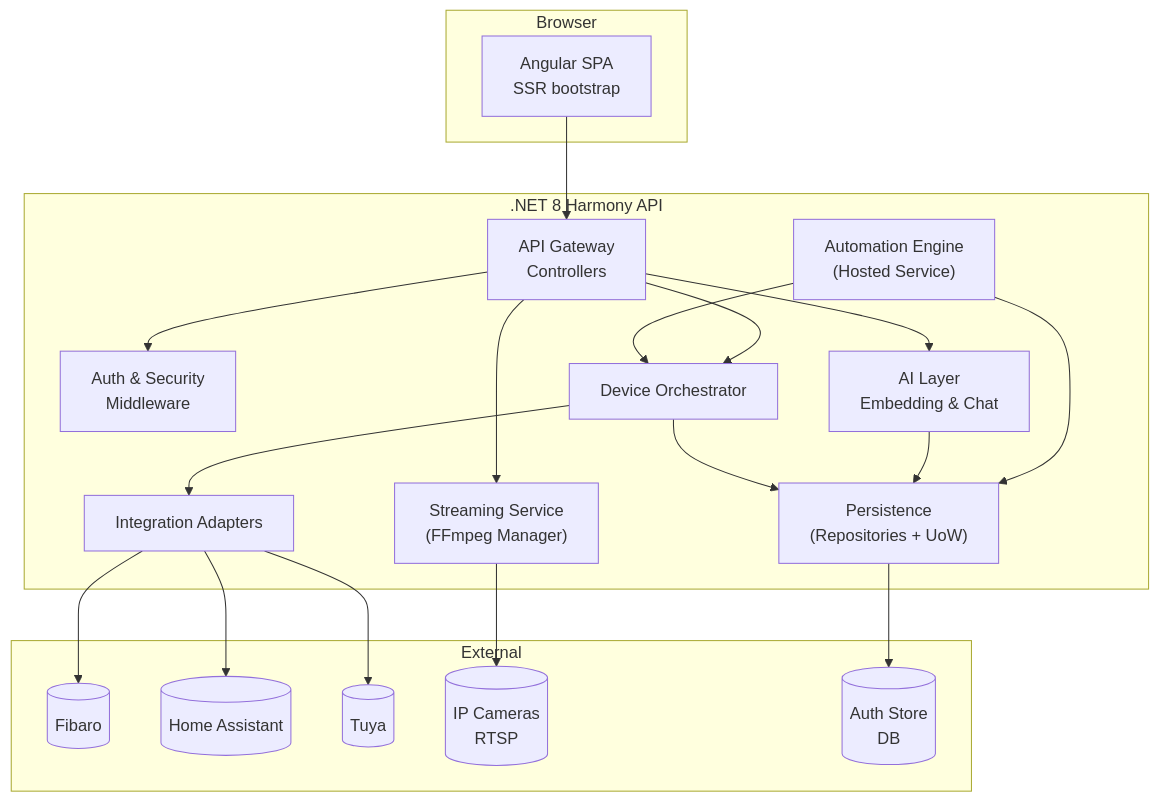
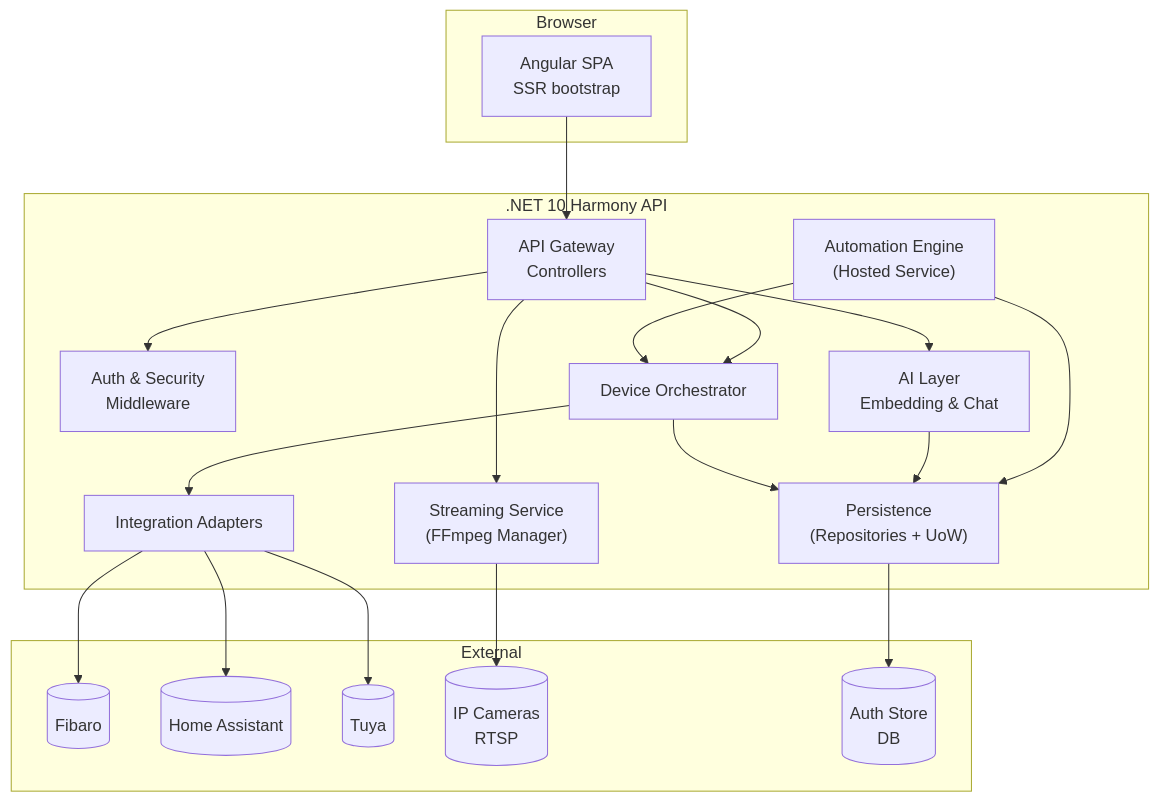
The diagram in diagrams/containers.md (PatrykCzechowski/harmony-showcase), drawn with Mermaid before and after one commit. The commit also changed 3 other files, not shown here.

````diff
--- a/diagrams/containers.md
+++ b/diagrams/containers.md
@@ -5,41 +5,41 @@
 ```mermaid
 flowchart TB
     subgraph Browser
         A1["Angular SPA<br/>SSR bootstrap"]
     end
 
-    subgraph Backend[".NET 8 Harmony API"]
+    subgraph Backend[".NET 10 Harmony API"]
         B1["API Gateway<br/>Controllers"]
         B2["Auth & Security<br/>Middleware"]
         B3["Device Orchestrator"]
         B4["Automation Engine<br/>(Hosted Service)"]
         B5["AI Layer<br/>Embedding & Chat"]
         B6["Streaming Service<br/>(FFmpeg Manager)"]
         B7["Integration Adapters"]
         B8["Persistence<br/>(Repositories + UoW)"]
     end
 
     subgraph External
         E1[("Fibaro")]
         E2[("Home Assistant")]
         E3[("Tuya")]
         E4[("IP Cameras<br/>RTSP")]
         E5[("Auth Store<br/>DB")]
     end
 
     A1 --> B1
     B1 --> B2
     B1 --> B3
     B4 --> B3
     B1 --> B5
     B1 --> B6
     B3 --> B7
     B7 --> E1
     B7 --> E2
     B7 --> E3
     B6 --> E4
     B8 --> E5
     B4 --> B8
     B5 --> B8
     B3 --> B8
 ```
````
